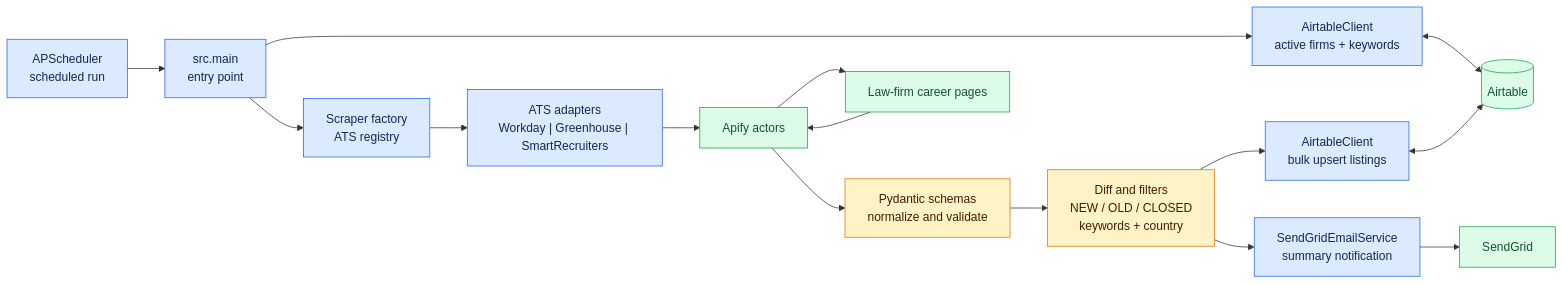
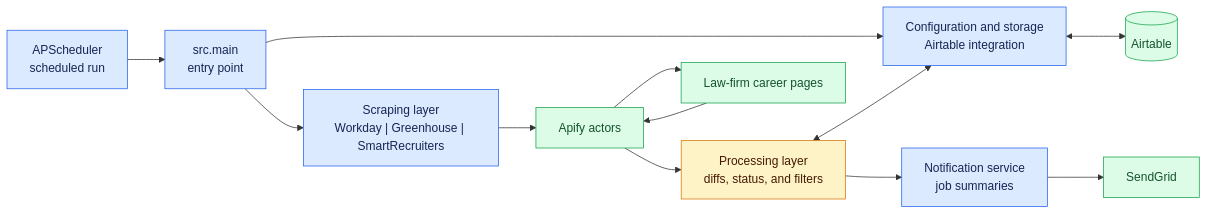
The diagram in README.md (achrafbou1/law-firm-job-tracker), drawn with Mermaid before and after one commit.

Commit message:
docs: simplify architecture diagram

````diff
--- a/README.md
+++ b/README.md
@@ -19,36 +19,30 @@
 ```mermaid
 flowchart LR
     scheduler["APScheduler<br/>scheduled run"]:::application
     entry["src.main<br/>entry point"]:::application
-    config["AirtableClient<br/>active firms + keywords"]:::application
-    factory["Scraper factory<br/>ATS registry"]:::application
-    ats["ATS adapters<br/>Workday | Greenhouse | SmartRecruiters"]:::application
-    validate["Pydantic schemas<br/>normalize and validate"]:::processing
-    diff["Diff and filters<br/>NEW / OLD / CLOSED<br/>keywords + country"]:::processing
-    persist["AirtableClient<br/>bulk upsert listings"]:::application
-    email["SendGridEmailService<br/>summary notification"]:::application
+    config["Configuration and storage<br/>Airtable integration"]:::application
+    scraping["Scraping layer<br/>Workday | Greenhouse | SmartRecruiters"]:::application
+    processing["Processing layer<br/>diffs, status, and filters"]:::processing
+    notifications["Notification service<br/>job summaries"]:::application
 
     careers["Law-firm career pages"]:::external
     apify["Apify actors"]:::external
     airtable[("Airtable")]:::external
     sendgrid["SendGrid"]:::external
 
     scheduler --> entry
     entry --> config
     config <--> airtable
-    entry --> factory
-    factory --> ats
-    ats --> apify
+    entry --> scraping
+    scraping --> apify
     apify --> careers
     careers --> apify
-    apify --> validate
-    validate --> diff
-    diff --> persist
-    persist <--> airtable
-    diff --> email
-    email --> sendgrid
+    apify --> processing
+    processing <--> config
+    processing --> notifications
+    notifications --> sendgrid
 
     classDef application fill:#dbeafe,stroke:#2563eb,color:#172554,stroke-width:1px
     classDef processing fill:#fef3c7,stroke:#d97706,color:#451a03,stroke-width:1px
     classDef external fill:#dcfce7,stroke:#16a34a,color:#14532d,stroke-width:1px
 ```
````
